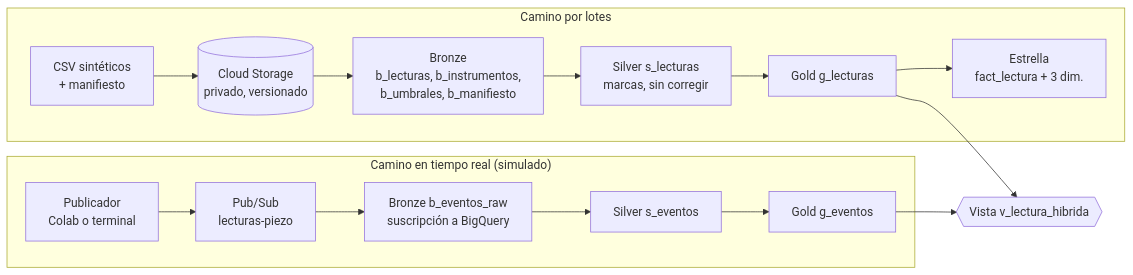
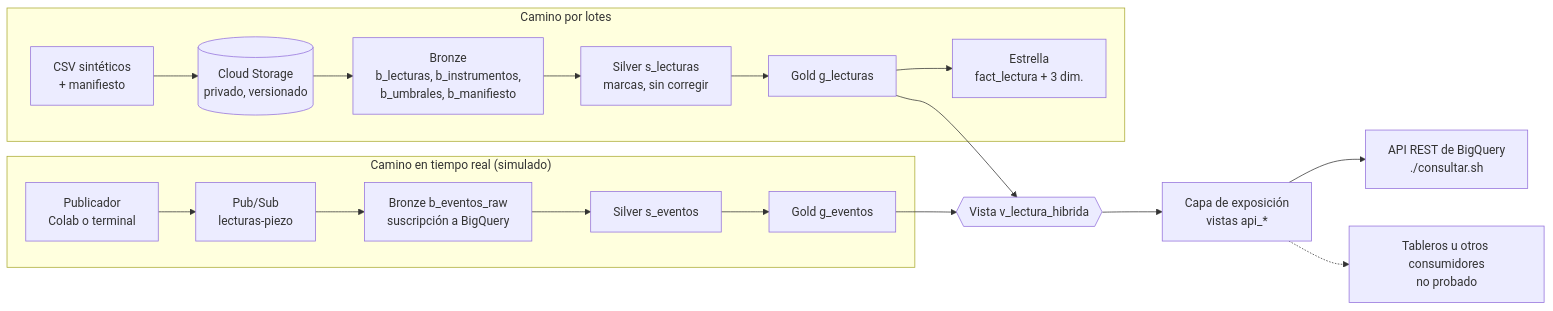
The diagram in README.md (raultyv/Big_data_piezometria-gcp-demo), drawn with Mermaid before and after one commit. The commit also changed other lines of this file and 7 other files, not shown here.

First line of the commit message:
Capa de exposición: vistas api_*, consulta por la API REST de BigQuery, verificación y prueba local

````diff
--- a/README.md
+++ b/README.md
@@ -27,18 +27,21 @@
 ```mermaid
 flowchart LR
   subgraph L["Camino por lotes"]
     A[CSV sintéticos<br/>+ manifiesto] --> B[(Cloud Storage<br/>privado, versionado)]
     B --> C[Bronze<br/>b_lecturas, b_instrumentos,<br/>b_umbrales, b_manifiesto]
     C --> D[Silver s_lecturas<br/>marcas, sin corregir]
     D --> E[Gold g_lecturas]
     E --> F[Estrella<br/>fact_lectura + 3 dim.]
   end
   subgraph S["Camino en tiempo real (simulado)"]
     P[Publicador<br/>Colab o terminal] --> T[Pub/Sub<br/>lecturas-piezo]
     T --> R[Bronze b_eventos_raw<br/>suscripción a BigQuery]
     R --> SE[Silver s_eventos]
     SE --> GE[Gold g_eventos]
   end
   E --> H{{Vista v_lectura_hibrida}}
   GE --> H
+  H --> X[Capa de exposición<br/>vistas api_*]
+  X --> API[API REST de BigQuery<br/>./consultar.sh]
+  X -.-> TAB[Tableros u otros consumidores<br/>no probado]
 ```
````
